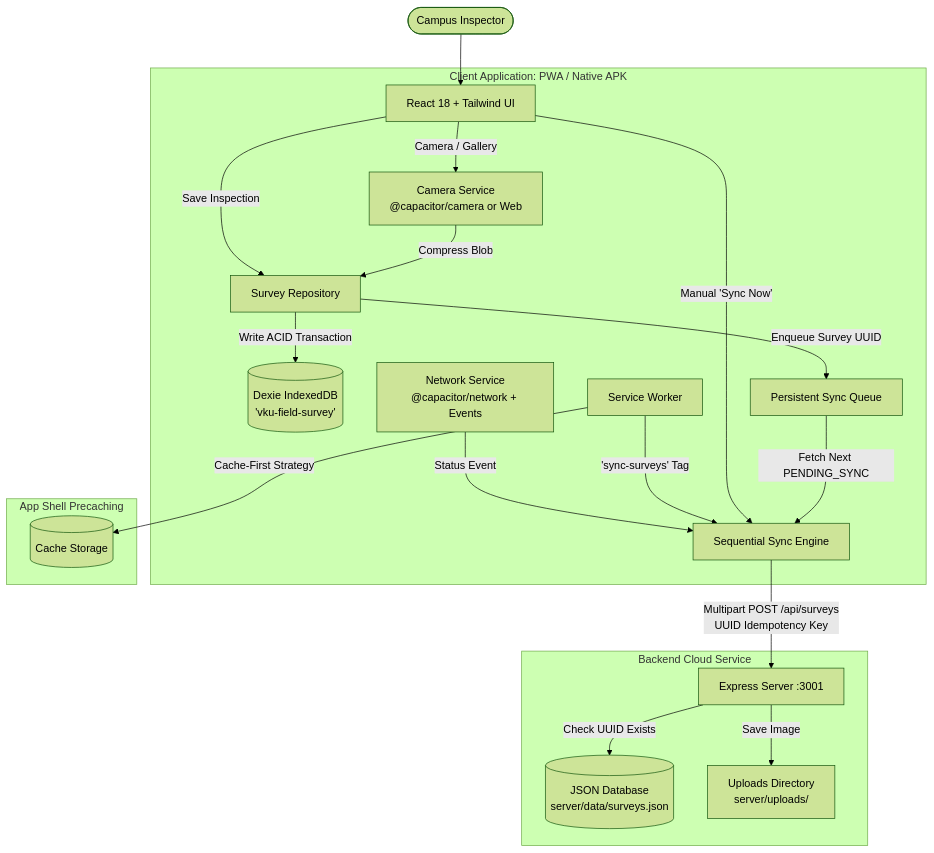
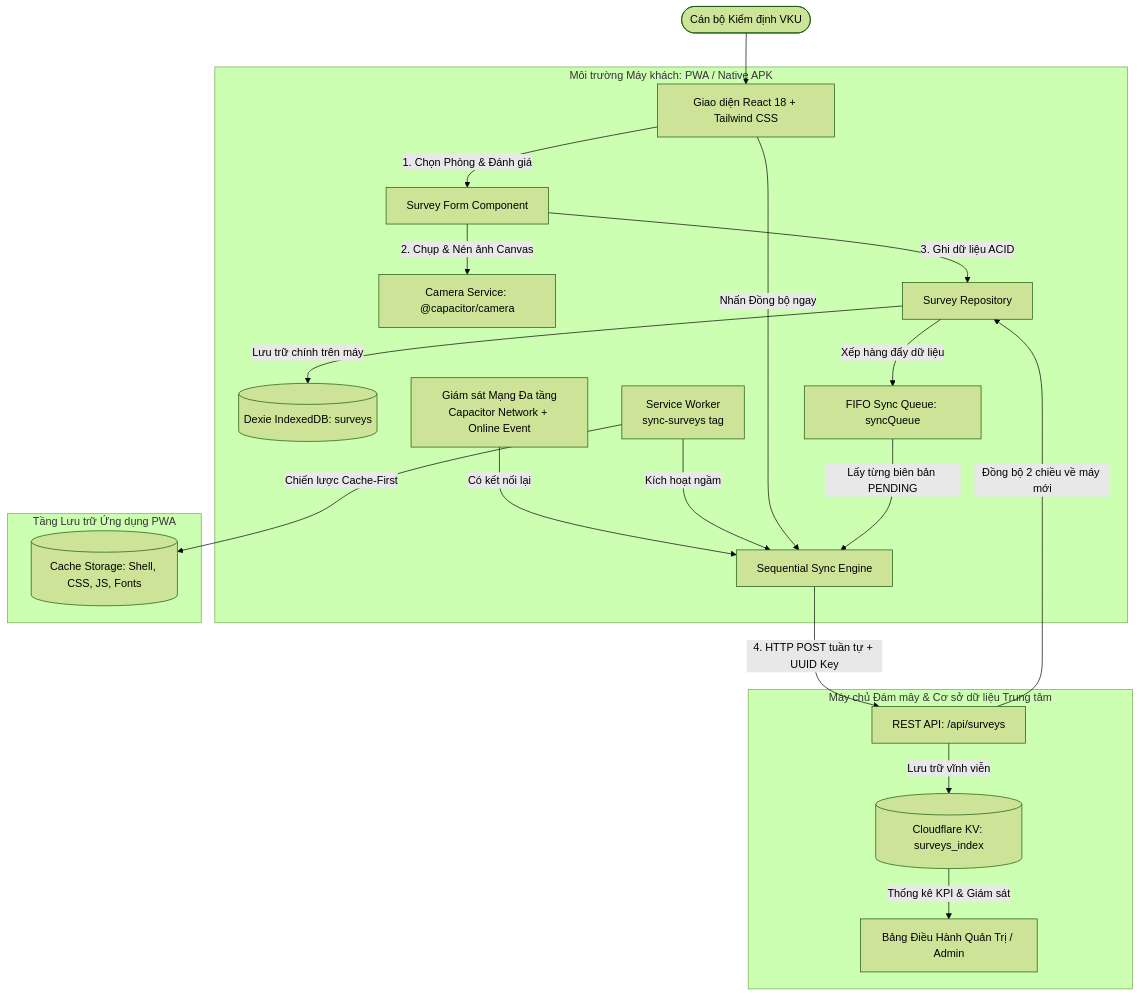
Before and after one commit to CAMLC25/camle-vku-field-survey: the diagram in README.md, drawn with Mermaid (forest theme). The commit also changed other lines of this file and 3 other files, not shown here.

````diff
--- a/README.md
+++ b/README.md
@@ -63,29 +72,29 @@
 ```mermaid
 flowchart TD
-    User([Campus Inspector]) --> UI[React 18 + Tailwind UI]
+    Inspector([Cán bộ Kiểm định VKU]) --> UI[Giao diện React 18 + Tailwind CSS]
 
-    subgraph Client [Client Application: PWA / Native APK]
-        UI -->|Save Inspection| Repo[Survey Repository]
-        Repo -->|Write ACID Transaction| IDB[(Dexie IndexedDB\n'vku-field-survey')]
-        Repo -->|Enqueue Survey UUID| Queue[Persistent Sync Queue]
-        
-        UI -->|Camera / Gallery| Cam[Camera Service\n@capacitor/camera or Web]
-        Cam -->|Compress Blob| Repo
+    subgraph Client [Môi trường Máy khách: PWA / Native APK]
+        UI -->|1. Chọn Phòng & Đánh giá| Form[Survey Form Component]
+        Form -->|2. Chụp & Nén ảnh Canvas| Cam[Camera Service: @capacitor/camera]
+        Form -->|3. Ghi dữ liệu ACID| Repo[Survey Repository]
+        Repo -->|Lưu trữ chính trên máy| IDB[(Dexie IndexedDB: surveys)]
+        Repo -->|Xếp hàng đẩy dữ liệu| Queue[FIFO Sync Queue: syncQueue]
 
-        Net[Network Service\n@capacitor/network + Events] -->|Status Event| Engine[Sequential Sync Engine]
-        SW[Service Worker] -->|'sync-surveys' Tag| Engine
-        UI -->|Manual 'Sync Now'| Engine
+        NetListener[Giám sát Mạng Đa tầng\nCapacitor Network + Online Event] -->|Có kết nối lại| SyncEngine[Sequential Sync Engine]
+        SW[Service Worker\nsync-surveys tag] -->|Kích hoạt ngầm| SyncEngine
+        UI -->|Nhấn Đồng bộ ngay| SyncEngine
 
-        Queue -->|Fetch Next PENDING_SYNC| Engine
+        Queue -->|Lấy từng biên bản PENDING| SyncEngine
     end
 
-    subgraph Cache [App Shell Precaching]
-        SW -->|Cache-First Strategy| CacheStore[(Cache Storage)]
+    subgraph CacheLayer [Tầng Lưu trữ Ứng dụng PWA]
+        SW -->|Chiến lược Cache-First| CacheStorage[(Cache Storage: Shell, CSS, JS, Fonts)]
     end
 
-    subgraph Server [Backend Cloud Service]
-        Engine -->|Multipart POST /api/surveys\nUUID Idempotency Key| Express[Express Server :3001]
-        Express -->|Check UUID Exists| DiskDB[(JSON Database\nserver/data/surveys.json)]
-        Express -->|Save Image| Uploads[Uploads Directory\nserver/uploads/]
+    subgraph CloudBackend [Máy chủ Đám mây & Cơ sở dữ liệu Trung tâm]
+        SyncEngine -->|4. HTTP POST tuần tự + UUID Key| CloudAPI[REST API: /api/surveys]
+        CloudAPI -->|Lưu trữ vĩnh viễn| KV[(Cloudflare KV: surveys_index)]
+        CloudAPI -->|Đồng bộ 2 chiều về máy mới| Repo
+        KV -->|Thống kê KPI & Giám sát| AdminDash[Bảng Điều Hành Quản Trị / Admin]
     end
 ```
````
